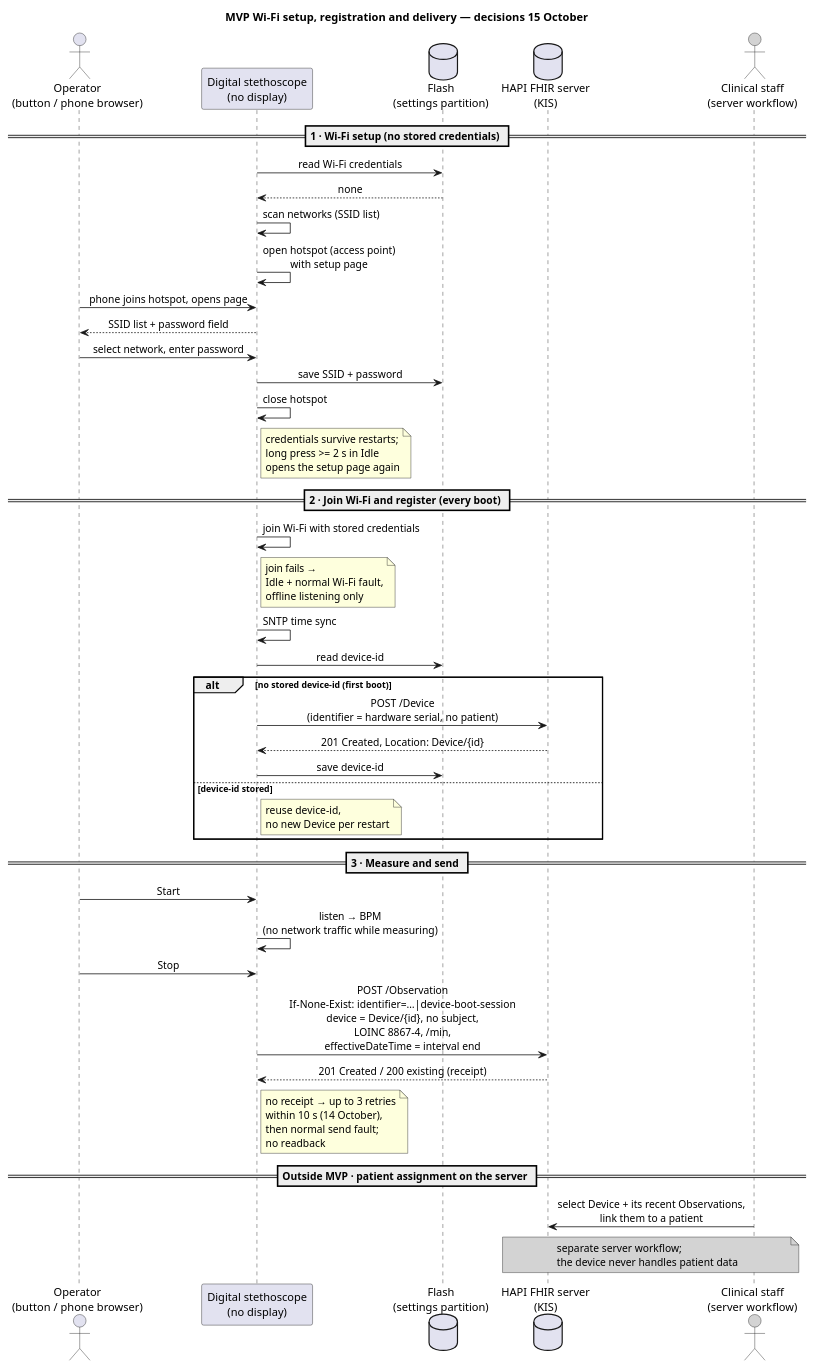
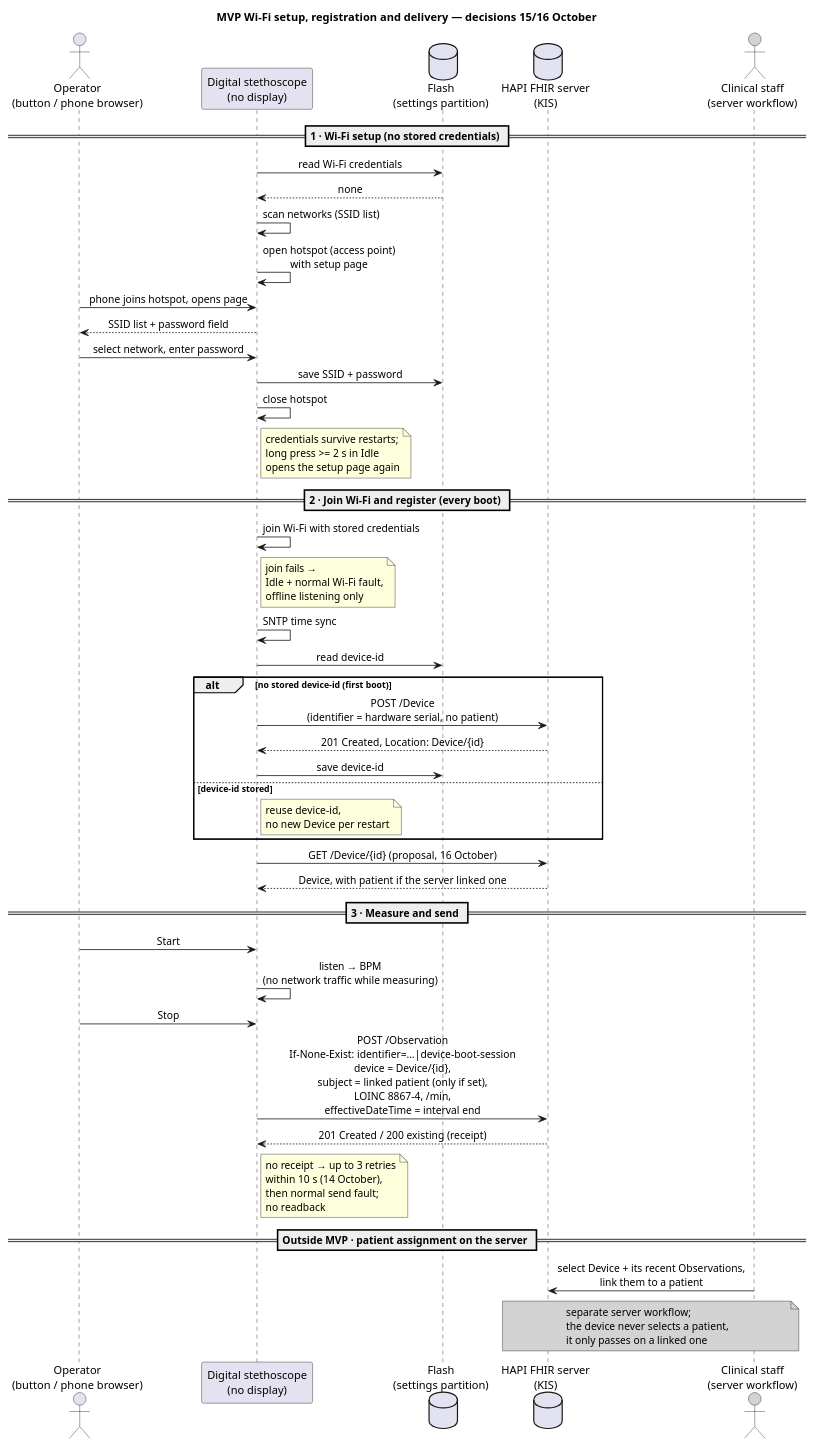
Before and after one commit to DemonicPsychoII/DigitalStethoscope: the diagram in Development/system/architecture/patient-assignment-workflow.puml, drawn with PlantUML. The commit also changed 21 other files, not shown here.

```diff
--- a/Development/system/architecture/patient-assignment-workflow.puml
+++ b/Development/system/architecture/patient-assignment-workflow.puml
@@ -1,48 +1,50 @@
 @startuml patient_assignment_workflow
 skinparam shadowing false
 skinparam defaultFontName SansSerif
 skinparam sequenceMessageAlign center
-title MVP Wi-Fi setup, registration and delivery — decisions 15 October
+title MVP Wi-Fi setup, registration and delivery — decisions 15/16 October
 actor "Operator\n(button / phone browser)" as op
 participant "Digital stethoscope\n(no display)" as dev
 database "Flash\n(settings partition)" as flash
 database "HAPI FHIR server\n(KIS)" as fhir
 actor "Clinical staff\n(server workflow)" as staff #lightgrey
 
 == 1 · Wi-Fi setup (no stored credentials) ==
 dev -> flash : read Wi-Fi credentials
 flash --> dev : none
 dev -> dev : scan networks (SSID list)
 dev -> dev : open hotspot (access point)\nwith setup page
 op -> dev : phone joins hotspot, opens page
 dev --> op : SSID list + password field
 op -> dev : select network, enter password
 dev -> flash : save SSID + password
 dev -> dev : close hotspot
 note right of dev : credentials survive restarts;\nlong press >= 2 s in Idle\nopens the setup page again
 
 == 2 · Join Wi-Fi and register (every boot) ==
 dev -> dev : join Wi-Fi with stored credentials
 note right of dev : join fails →\nIdle + normal Wi-Fi fault,\noffline listening only
 dev -> dev : SNTP time sync
 dev -> flash : read device-id
 alt no stored device-id (first boot)
   dev -> fhir : POST /Device\n(identifier = hardware serial, no patient)
   fhir --> dev : 201 Created, Location: Device/{id}
   dev -> flash : save device-id
 else device-id stored
   note right of dev : reuse device-id,\nno new Device per restart
 end
+dev -> fhir : GET /Device/{id} (proposal, 16 October)
+fhir --> dev : Device, with patient if the server linked one
 
 == 3 · Measure and send ==
 op -> dev : Start
 dev -> dev : listen → BPM\n(no network traffic while measuring)
 op -> dev : Stop
-dev -> fhir : POST /Observation\nIf-None-Exist: identifier=…|device-boot-session\ndevice = Device/{id}, no subject,\nLOINC 8867-4, /min,\neffectiveDateTime = interval end
+dev -> fhir : POST /Observation\nIf-None-Exist: identifier=…|device-boot-session\ndevice = Device/{id},\nsubject = linked patient (only if set),\nLOINC 8867-4, /min,\neffectiveDateTime = interval end
 fhir --> dev : 201 Created / 200 existing (receipt)
 note right of dev : no receipt → up to 3 retries\nwithin 10 s (14 October),\nthen normal send fault;\nno readback
 
 == Outside MVP · patient assignment on the server ==
 staff -> fhir : select Device + its recent Observations,\nlink them to a patient
-note over fhir, staff #lightgrey : separate server workflow;\nthe device never handles patient data
+note over fhir, staff #lightgrey : separate server workflow;\nthe device never selects a patient,\nit only passes on a linked one
 @enduml
```
